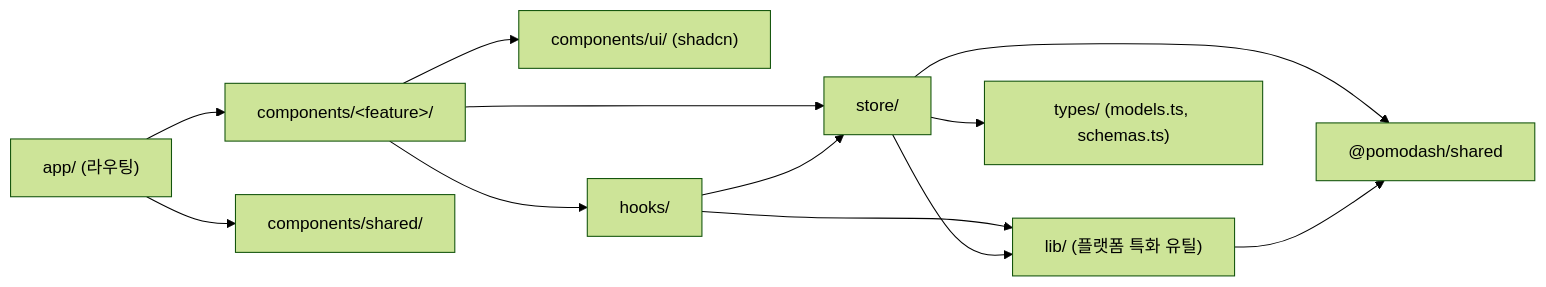
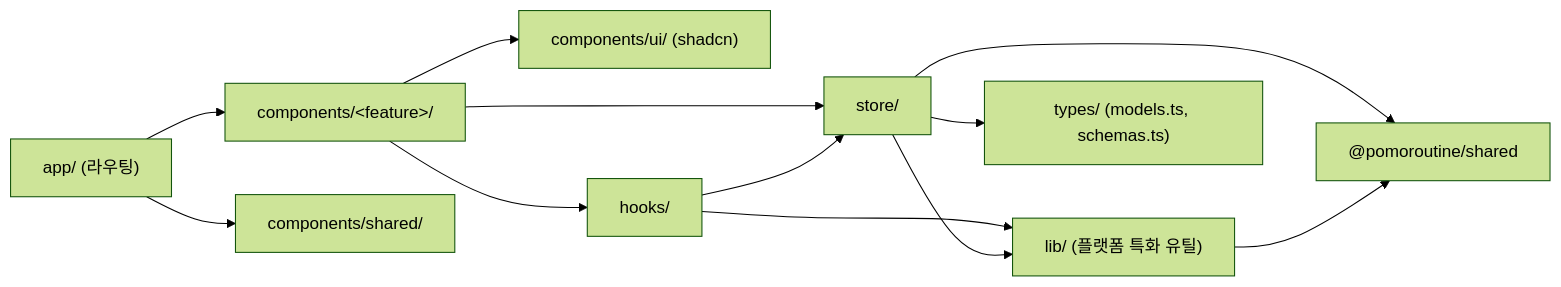
One commit to aaaz425/pomodash changed the second of 4 diagrams in docs/specs/architecture-diagram.md. Above: the diagram before and after it, drawn with Mermaid (forest theme). The commit also changed other lines of this file and 85 other files, not shown here.

First line of the commit message:
chore: @pomodash/shared를 @pomoroutine/shared로 변경 (#162)

````diff
--- a/docs/specs/architecture-diagram.md
+++ b/docs/specs/architecture-diagram.md
@@ -45,14 +45,14 @@
 ```mermaid
 flowchart LR
     Pages["app/ (라우팅)"] --> Feature["components/&lt;feature&gt;/"]
     Pages --> Shared["components/shared/"]
     Feature --> UI["components/ui/ (shadcn)"]
     Feature --> hooks["hooks/"]
     Feature --> store["store/"]
     hooks --> store
     hooks --> lib["lib/ (플랫폼 특화 유틸)"]
     store --> lib
-    store --> SharedPkg["@pomodash/shared"]
+    store --> SharedPkg["@pomoroutine/shared"]
     lib --> SharedPkg
     store --> types["types/ (models.ts, schemas.ts)"]
 ```
````
